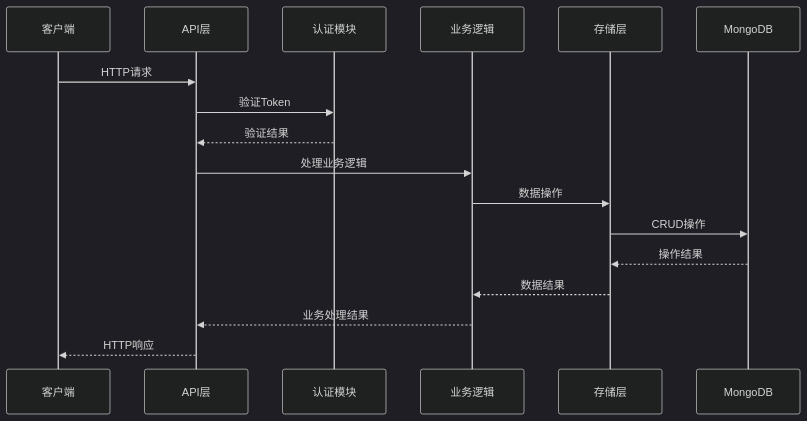
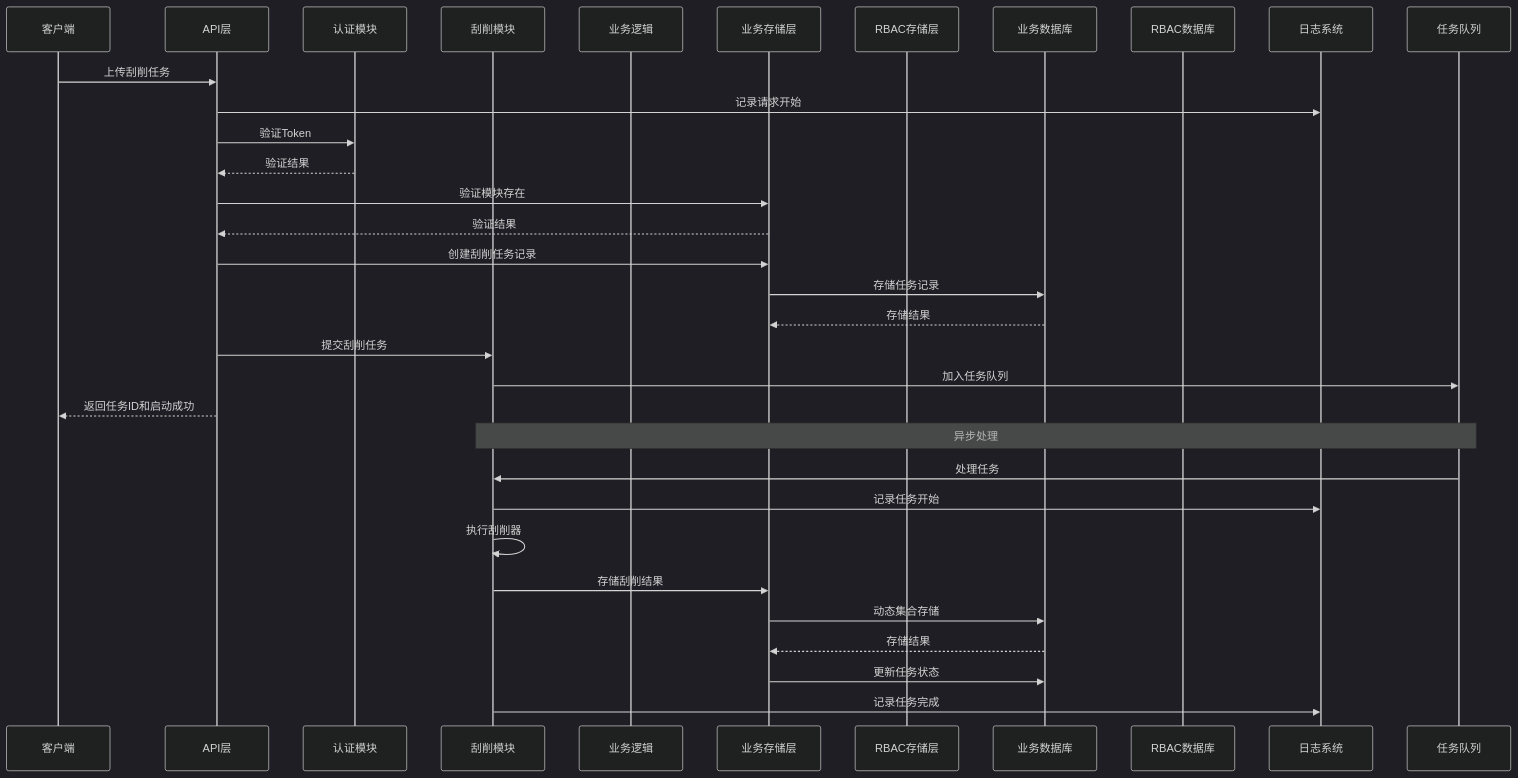
Before and after one commit to mcliangload/datacenter: the diagram in docs/architecture.md, drawn with Mermaid (dark theme). The commit also changed other lines of this file and 20595 other files, not shown here.

````diff
--- a/docs/architecture.md
+++ b/docs/architecture.md
@@ -59,20 +63,37 @@
 ```mermaid
 sequenceDiagram
     participant Client as 客户端
     participant API as API层
     participant Auth as 认证模块
+    participant Scraper as 刮削模块
     participant Business as 业务逻辑
-    participant Storage as 存储层
-    participant MongoDB as MongoDB
+    participant BusinessStorage as 业务存储层
+    participant RBACStorage as RBAC存储层
+    participant BusinessDB as 业务数据库
+    participant RBACDB as RBAC数据库
+    participant Logger as 日志系统
+    participant TaskQueue as 任务队列
 
-    Client->>API: HTTP请求
+    Client->>API: 上传刮削任务
+    API->>Logger: 记录请求开始
     API->>Auth: 验证Token
     Auth-->>API: 验证结果
-    API->>Business: 处理业务逻辑
-    Business->>Storage: 数据操作
-    Storage->>MongoDB: CRUD操作
-    MongoDB-->>Storage: 操作结果
-    Storage-->>Business: 数据结果
-    Business-->>API: 业务处理结果
-    API-->>Client: HTTP响应
+    API->>BusinessStorage: 验证模块存在
+    BusinessStorage-->>API: 验证结果
+    API->>BusinessStorage: 创建刮削任务记录
+    BusinessStorage->>BusinessDB: 存储任务记录
+    BusinessDB-->>BusinessStorage: 存储结果
+    API->>Scraper: 提交刮削任务
+    Scraper->>TaskQueue: 加入任务队列
+    API-->>Client: 返回任务ID和启动成功
+    
+    Note over Scraper,TaskQueue: 异步处理
+    TaskQueue->>Scraper: 处理任务
+    Scraper->>Logger: 记录任务开始
+    Scraper->>Scraper: 执行刮削器
+    Scraper->>BusinessStorage: 存储刮削结果
+    BusinessStorage->>BusinessDB: 动态集合存储
+    BusinessDB-->>BusinessStorage: 存储结果
+    BusinessStorage->>BusinessDB: 更新任务状态
+    Scraper->>Logger: 记录任务完成
 ```
````
